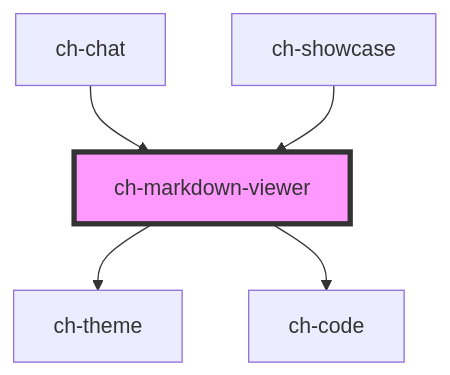
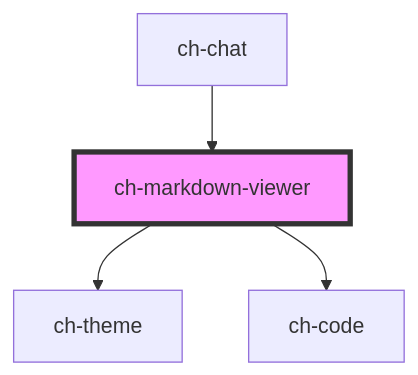
Before and after one commit to genexuslabs/chameleon-controls-library: the diagram in src/components/markdown-viewer/readme.md, drawn with Mermaid. The commit also changed other lines of this file and 25 other files, not shown here.

````diff
--- a/src/components/markdown-viewer/readme.md
+++ b/src/components/markdown-viewer/readme.md
@@ -48,8 +47,7 @@
 ```mermaid
 graph TD;
   ch-markdown-viewer --> ch-theme
   ch-markdown-viewer --> ch-code
   ch-chat --> ch-markdown-viewer
-  ch-showcase --> ch-markdown-viewer
   style ch-markdown-viewer fill:#f9f,stroke:#333,stroke-width:4px
 ```
````
